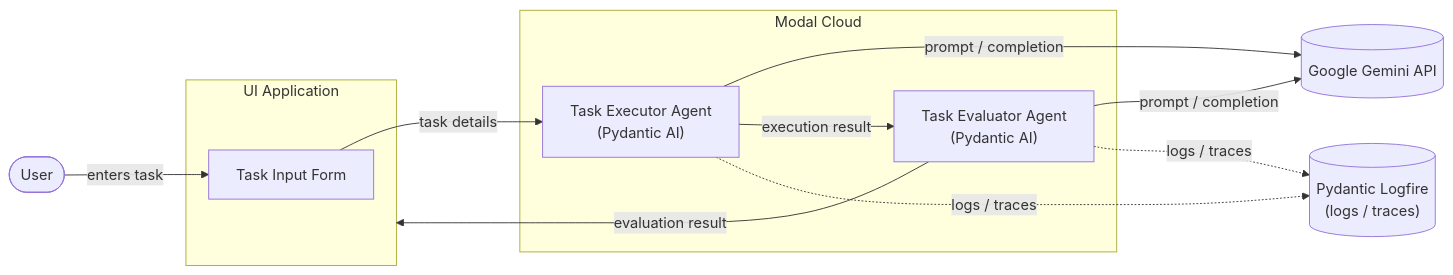
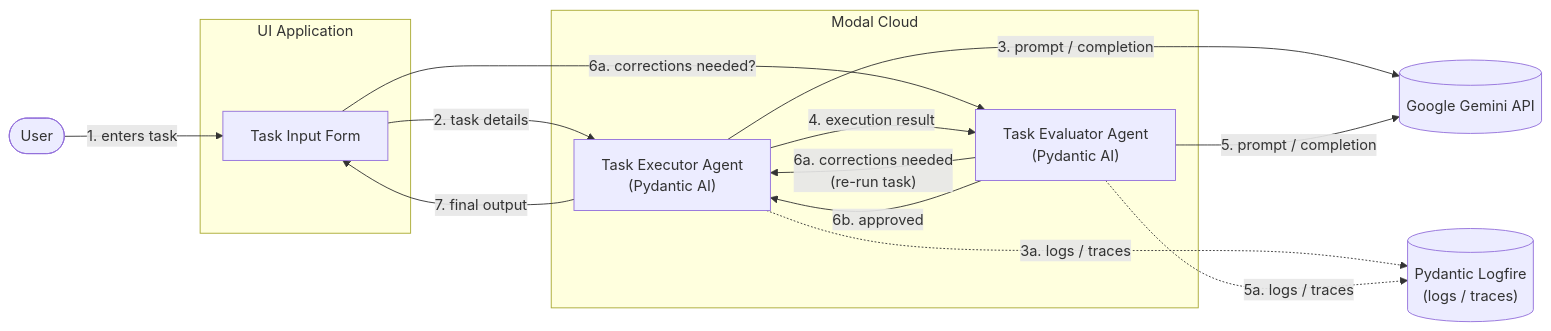
One commit to pmalam/agent-lenses changed the diagram in architecture.md. Above: the diagram before and after it, drawn with Mermaid. The commit also changed other lines of this file, not shown here.

Commit message:
Update architecture diagram to show ordering

````diff
--- a/architecture.md
+++ b/architecture.md
@@ -15,26 +19,30 @@
 ```mermaid
 flowchart LR
     User([User])
 
     subgraph UI["UI Application"]
         Form["Task Input Form"]
     end
 
     subgraph Modal["Modal Cloud"]
         Executor["Task Executor Agent\n(Pydantic AI)"]
         Evaluator["Task Evaluator Agent\n(Pydantic AI)"]
     end
 
     Gemini[("Google Gemini API")]
     Logfire[("Pydantic Logfire\n(logs / traces)")]
 
-    User -->|"enters task"| Form
-    Form -->|"task details"| Executor
-    Executor -->|"prompt / completion"| Gemini
-    Executor -->|"execution result"| Evaluator
-    Evaluator -->|"prompt / completion"| Gemini
-    Evaluator -->|"evaluation result"| UI
+    User -->|"1. enters task"| Form
+    Form -->|"2. task details"| Executor
+    Executor -->|"3. prompt / completion"| Gemini
+    Evaluator -->|"5. prompt / completion"| Gemini
+    Evaluator -->|"6a. corrections needed\n(re-run task)"| Executor
+    Evaluator -->|"6b. approved"| Executor
+    Form -->|"6a. corrections needed?"| Evaluator
+    Executor -->|"7. final output"| Form
 
-    Executor -.->|"logs / traces"| Logfire
-    Evaluator -.->|"logs / traces"| Logfire
+    Executor -.->|"3a. logs / traces"| Logfire
+    Evaluator -.->|"5a. logs / traces"| Logfire
+
+    Executor -->|"4. execution result"| Evaluator
 ```
````
